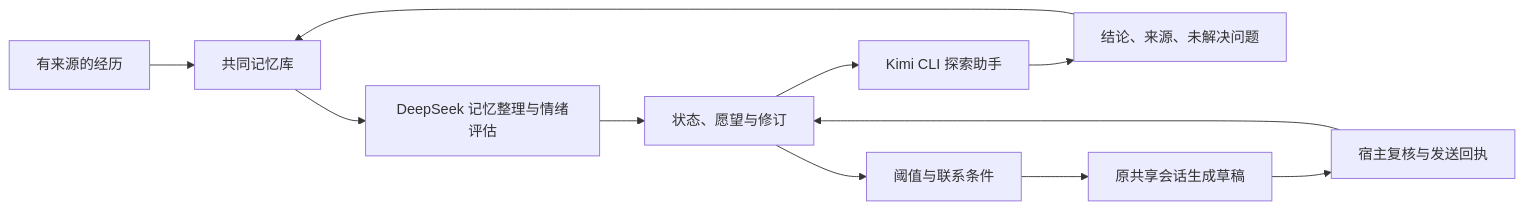
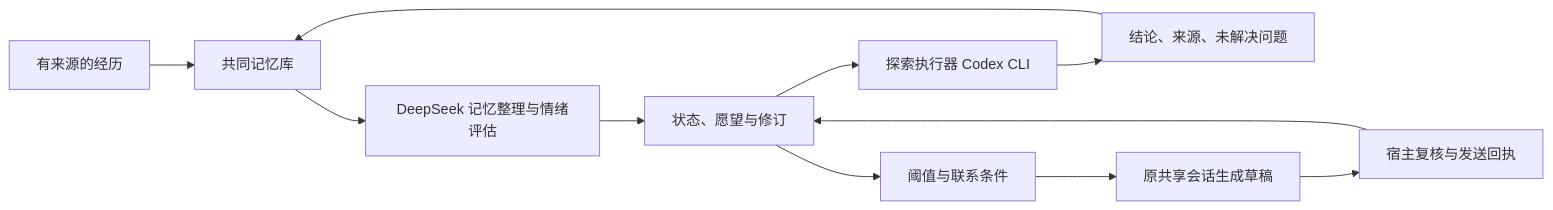
The diagram in README.md (mycyg/kin-mind), drawn with Mermaid before and after one commit. The commit also changed other lines of this file and 9 other files, not shown here.

````diff
--- a/README.md
+++ b/README.md
@@ -81,13 +81,13 @@
 ```mermaid
 flowchart LR
   E[有来源的经历] --> M[共同记忆库]
   M --> D[DeepSeek 记忆整理与情绪评估]
   D --> S[状态、愿望与修订]
-  S --> K[Kimi CLI 探索助手]
+  S --> K[探索执行器 Codex CLI]
   K --> R[结论、来源、未解决问题]
   R --> M
   S --> G[阈值与联系条件]
   G --> C[原共享会话生成草稿]
   C --> H[宿主复核与发送回执]
   H --> S
 ```
````
